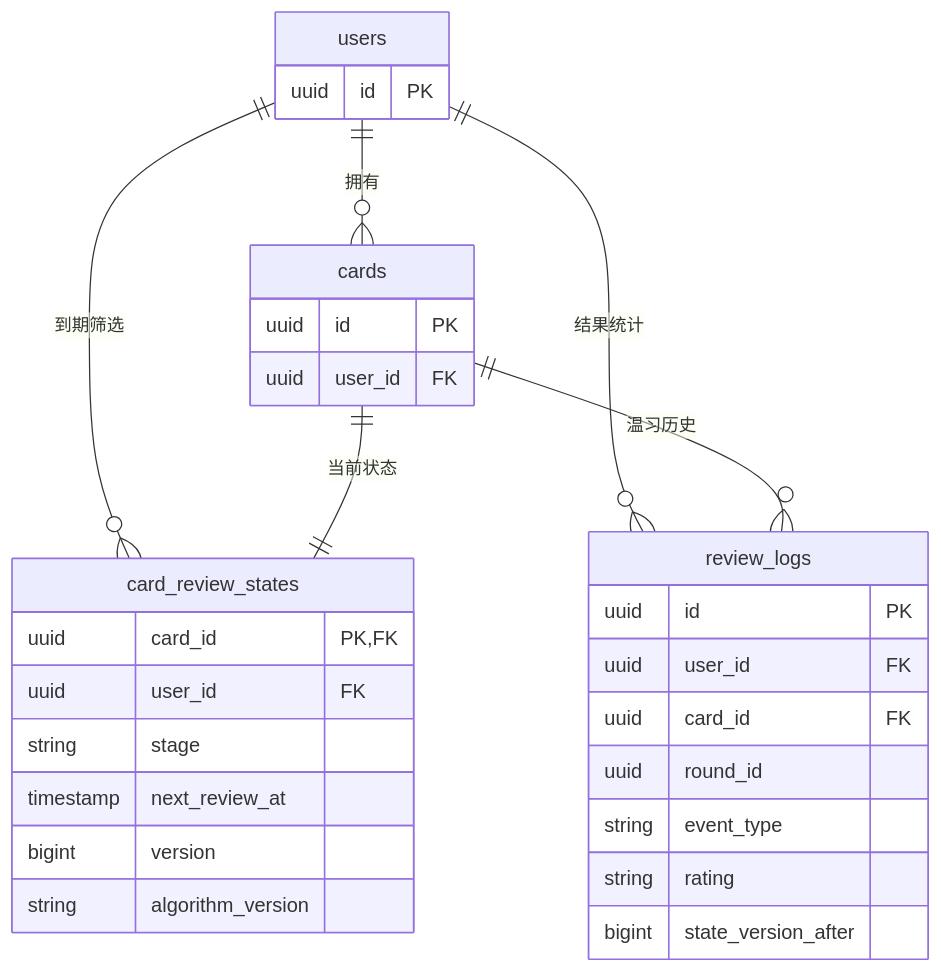
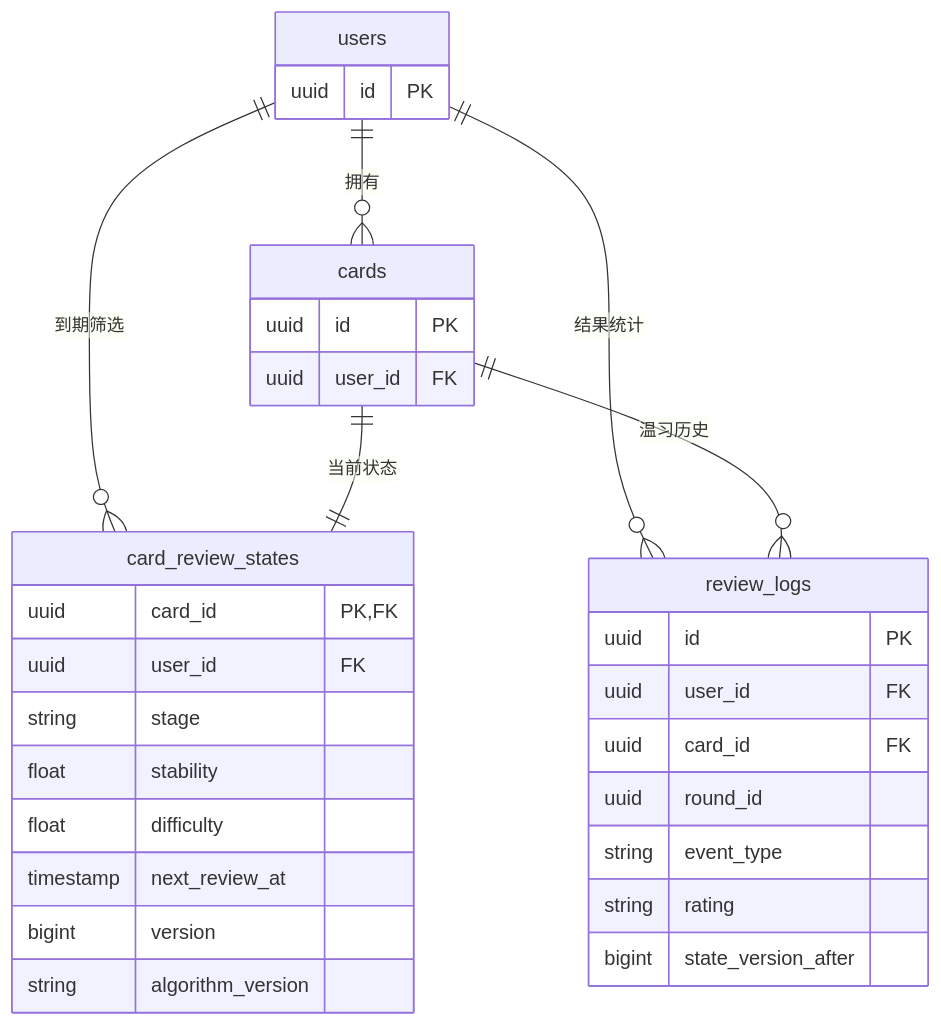
One commit to guguphoenix707/wenxi-club changed the second of 5 diagrams in docs/db.md. Above: the diagram before and after it, drawn with Mermaid. The commit also changed other lines of this file, not shown here.

````diff
--- a/docs/db.md
+++ b/docs/db.md
@@ -91,32 +91,34 @@
 ```mermaid
 erDiagram
     users ||--o{ cards : "拥有"
     users ||--o{ card_review_states : "到期筛选"
     cards ||--|| card_review_states : "当前状态"
     users ||--o{ review_logs : "结果统计"
     cards ||--o{ review_logs : "温习历史"
     users {
         uuid id PK
     }
     cards {
         uuid id PK
         uuid user_id FK
     }
     card_review_states {
         uuid card_id PK,FK
         uuid user_id FK
         string stage
+        float stability
+        float difficulty
         timestamp next_review_at
         bigint version
         string algorithm_version
     }
     review_logs {
         uuid id PK
         uuid user_id FK
         uuid card_id FK
         uuid round_id
         string event_type
         string rating
         bigint state_version_after
     }
 ```
````
